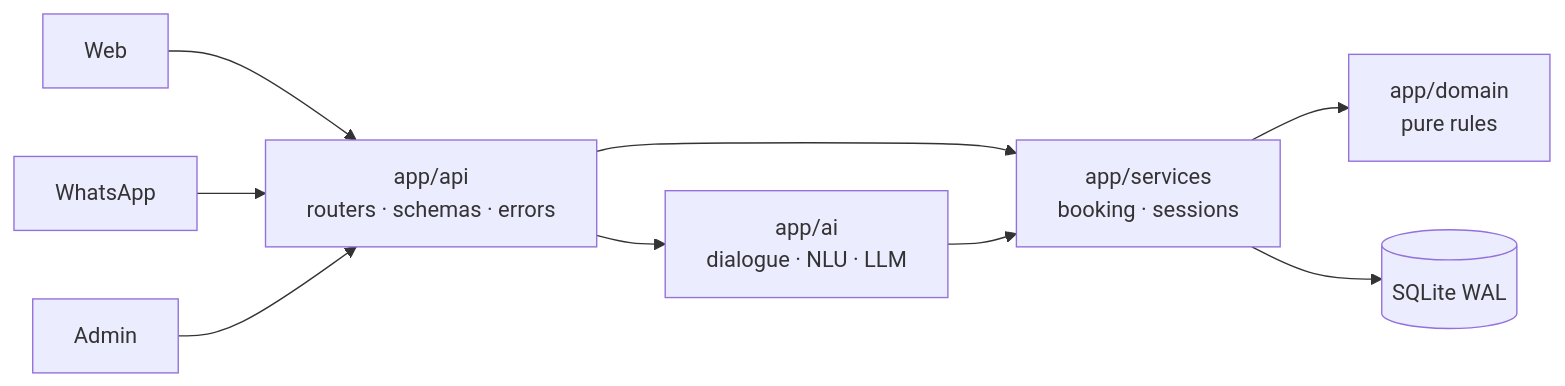
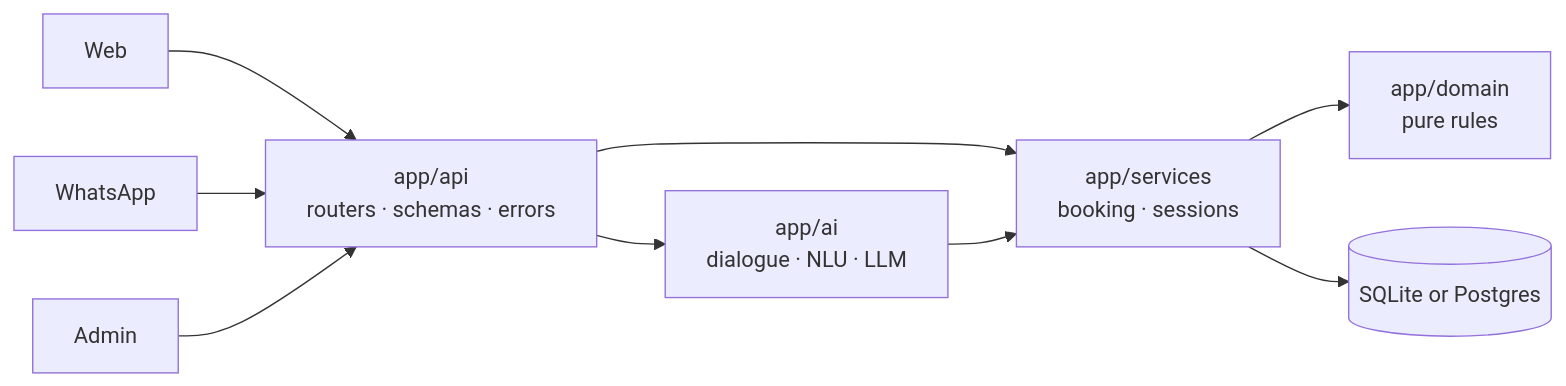
One commit to manikantar585-lgtm/AI-clinic-booking-automation changed the diagram in README.md. Above: the diagram before and after it, drawn with Mermaid. The commit also changed other lines of this file and 4 other files, not shown here.

````diff
--- a/README.md
+++ b/README.md
@@ -58,9 +58,9 @@
 ```mermaid
 flowchart LR
     Web & WhatsApp & Admin --> API[app/api<br/>routers · schemas · errors]
     API --> AI[app/ai<br/>dialogue · NLU · LLM]
     API --> SVC[app/services<br/>booking · sessions]
     AI --> SVC
     SVC --> DOM[app/domain<br/>pure rules]
-    SVC --> DB[(SQLite WAL)]
+    SVC --> DB[(SQLite or Postgres)]
 ```
````
